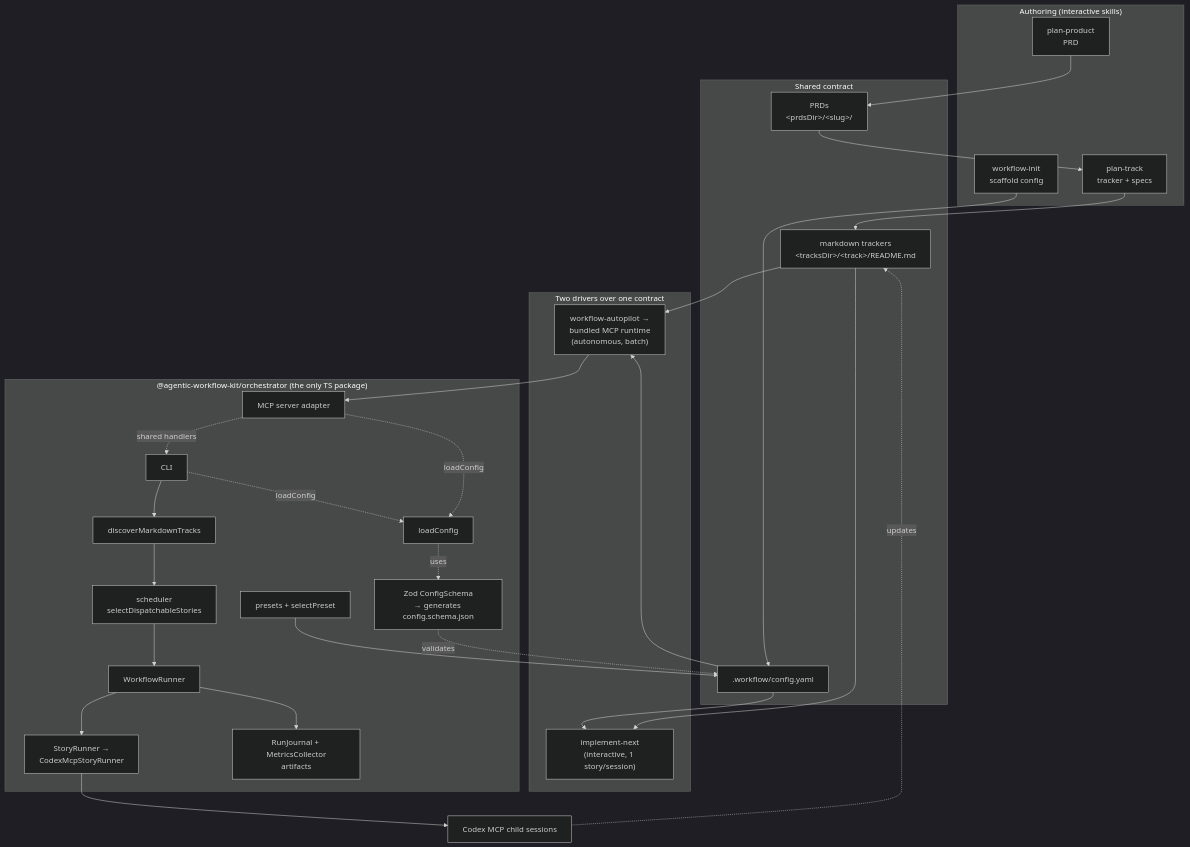
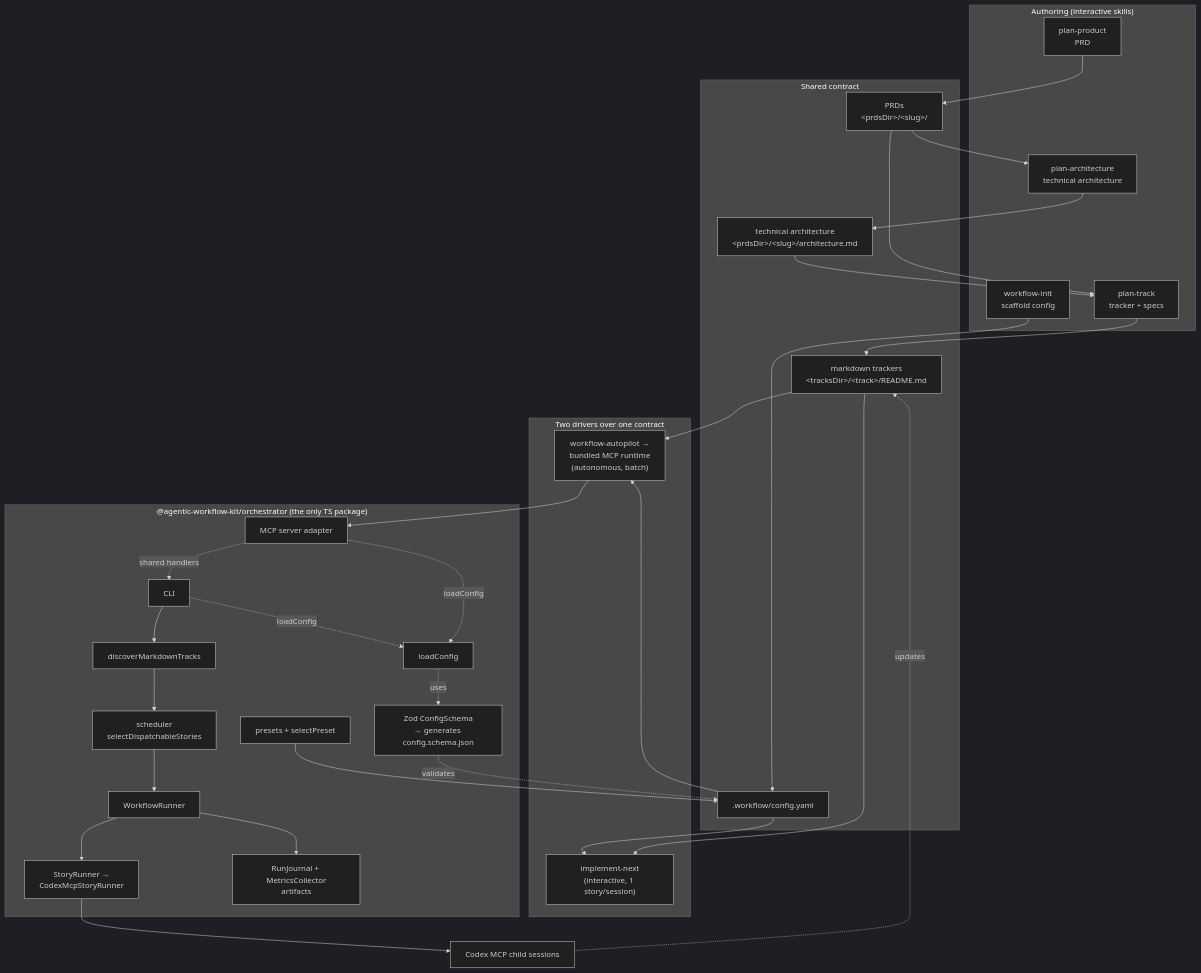
The first of 4 diagrams in docs/architecture.md (aryeko/agentic-workflow-kit), drawn with Mermaid (dark theme) before and after one commit. The commit also changed other lines of this file and 40 other files, not shown here.

Commit message:
feat: add architecture planning gate

````diff
--- a/docs/architecture.md
+++ b/docs/architecture.md
@@ -32,53 +35,57 @@
 ```mermaid
 flowchart TB
   subgraph Authors["Authoring (interactive skills)"]
     PP["plan-product<br/>PRD"]
+    PA["plan-architecture<br/>technical architecture"]
     PT["plan-track<br/>tracker + specs"]
     WI["workflow-init<br/>scaffold config"]
   end
 
   subgraph Contract["Shared contract"]
     CFG[".workflow/config.yaml"]
     TRK["markdown trackers<br/>&lt;tracksDir&gt;/&lt;track&gt;/README.md"]
     PRD["PRDs<br/>&lt;prdsDir&gt;/&lt;slug&gt;/"]
+    ARCH["technical architecture<br/>&lt;prdsDir&gt;/&lt;slug&gt;/architecture.md"]
   end
 
   subgraph Drivers["Two drivers over one contract"]
     IN["implement-next<br/>(interactive, 1 story/session)"]
     AP["workflow-autopilot →<br/>bundled MCP runtime<br/>(autonomous, batch)"]
   end
 
   subgraph Orch["@agentic-workflow-kit/orchestrator (the only TS package)"]
     CLI["CLI"]
     MCP["MCP server adapter"]
     LOADER["loadConfig"]
     SCHEMA["Zod ConfigSchema<br/>→ generates config.schema.json"]
     PRESET["presets + selectPreset"]
     DISC["discoverMarkdownTracks"]
     SCHED["scheduler<br/>selectDispatchableStories"]
     RUN["WorkflowRunner"]
     DRV["StoryRunner →<br/>CodexMcpStoryRunner"]
     ART["RunJournal + MetricsCollector<br/>artifacts"]
   end
 
   CODEX["Codex MCP child sessions"]
 
-  PP --> PRD --> PT --> TRK
+  PP --> PRD
+  PRD --> PA --> ARCH --> PT --> TRK
+  PRD --> PT
   WI --> CFG
   PRESET --> CFG
   SCHEMA -. validates .-> CFG
 
   CFG --> IN
   TRK --> IN
   CFG --> AP
   TRK --> AP
 
   AP --> MCP
   MCP -. shared handlers .-> CLI
   CLI -. loadConfig .-> LOADER
   MCP -. loadConfig .-> LOADER
   LOADER -. uses .-> SCHEMA
   CLI --> DISC --> SCHED --> RUN --> DRV --> CODEX
   RUN --> ART
   CODEX -. updates .-> TRK
 ```
````
